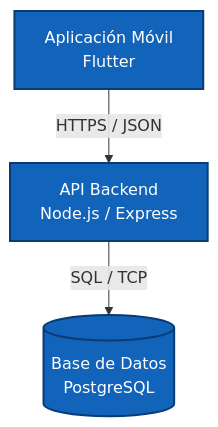
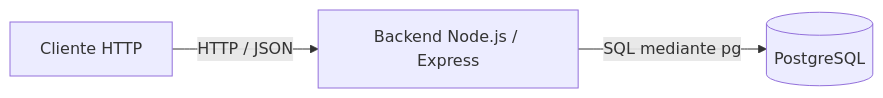
The first of 3 diagrams in docs/arc42/arc42_gimnasio_utb.md (ISCOUTB/AS_202620_GimnasioUTB), drawn with Mermaid before and after one commit. The commit also changed other lines of this file and 11 other files, not shown here.

Commit message:
docs: update architecture and project documentation

````diff
--- a/docs/arc42/arc42_gimnasio_utb.md
+++ b/docs/arc42/arc42_gimnasio_utb.md
@@ -161,9 +73,5 @@
 ```mermaid
-flowchart TD
-    App[Aplicación Móvil \n Flutter] -->|HTTPS / JSON| API[API Backend \n Node.js / Express]
-    API -->|SQL / TCP| DB[(Base de Datos \n PostgreSQL)]
-    
-    style App fill:#1263BA,stroke:#0A3B74,stroke-width:2px,color:#fff
-    style API fill:#1263BA,stroke:#0A3B74,stroke-width:2px,color:#fff
-    style DB fill:#1263BA,stroke:#0A3B74,stroke-width:2px,color:#fff
+flowchart LR
+    Cliente[Cliente HTTP] -->|HTTP / JSON| API[Backend Node.js / Express]
+    API -->|SQL mediante pg| DB[(PostgreSQL)]
 ```
````
